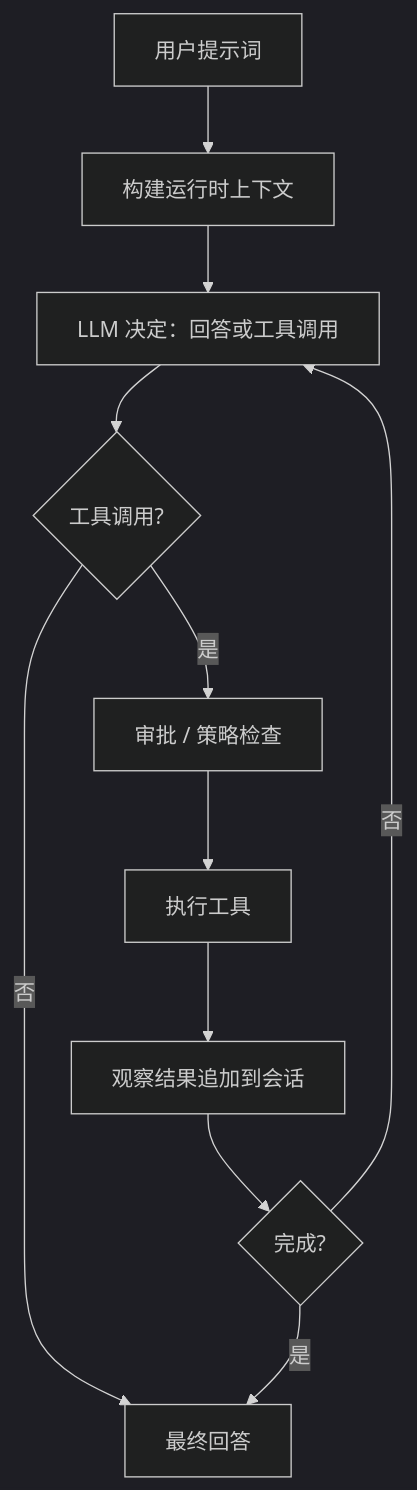
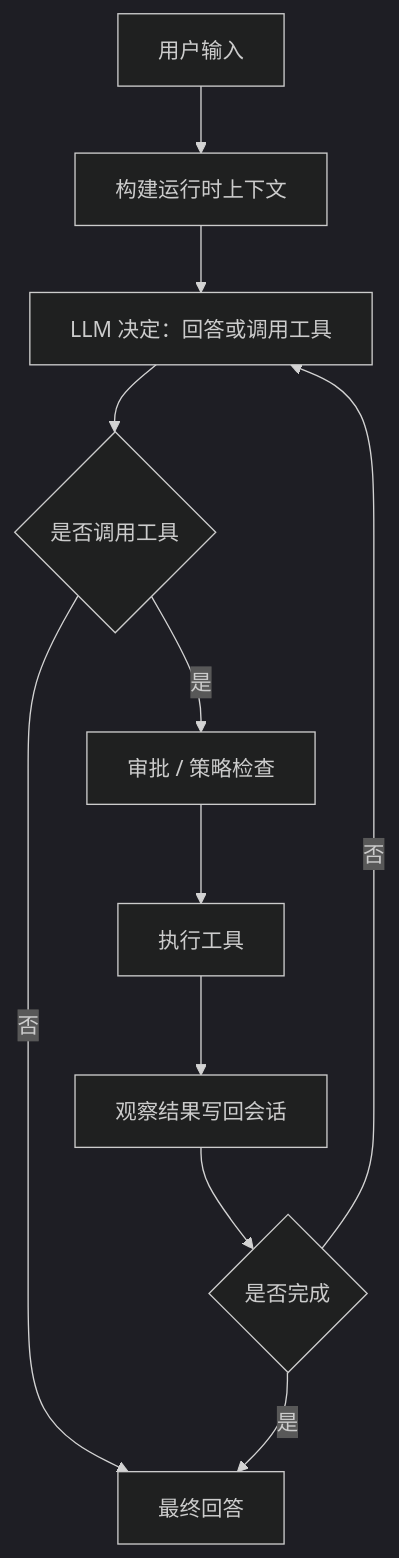
Before and after one commit to 1024XEngineer/bytemind: the first of 2 diagrams in README.zh-CN.md, drawn with Mermaid (dark theme). The commit also changed other lines of this file and 1 other file, not shown here.

````diff
--- a/README.zh-CN.md
+++ b/README.zh-CN.md
@@ -166,13 +296,13 @@
 ```mermaid
 graph TD
-    A["用户提示词"] --> B["构建运行时上下文"]
-    B --> C["LLM 决定：回答或工具调用"]
-    C --> D{"工具调用?"}
+    A["用户输入"] --> B["构建运行时上下文"]
+    B --> C["LLM 决定：回答或调用工具"]
+    C --> D{"是否调用工具"}
     D -- "否" --> E["最终回答"]
     D -- "是" --> F["审批 / 策略检查"]
     F --> G["执行工具"]
-    G --> H["观察结果追加到会话"]
-    H --> I{"完成?"}
+    G --> H["观察结果写回会话"]
+    H --> I{"是否完成"}
     I -- "否" --> C
     I -- "是" --> E
 ```
````
